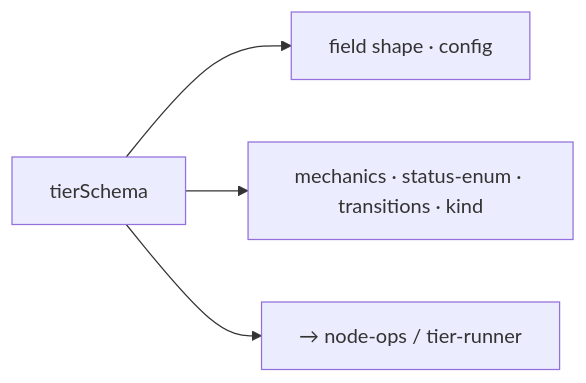
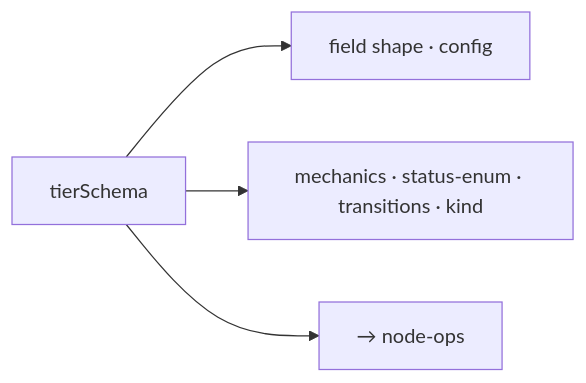
Before and after one commit to chafoo/anchored: the diagram in docs/core/schema/tiers.md, drawn with Mermaid. The commit also changed other lines of this file and 18 other files, not shown here.

````diff
--- a/docs/core/schema/tiers.md
+++ b/docs/core/schema/tiers.md
@@ -28,6 +27,6 @@
 ```mermaid
 flowchart LR
     desc["tierSchema"] --> shape["field shape · config"]
     desc --> mech["mechanics · status-enum · transitions · kind"]
-    desc --> ops["→ node-ops / tier-runner"]
+    desc --> ops["→ node-ops"]
 ```
````
